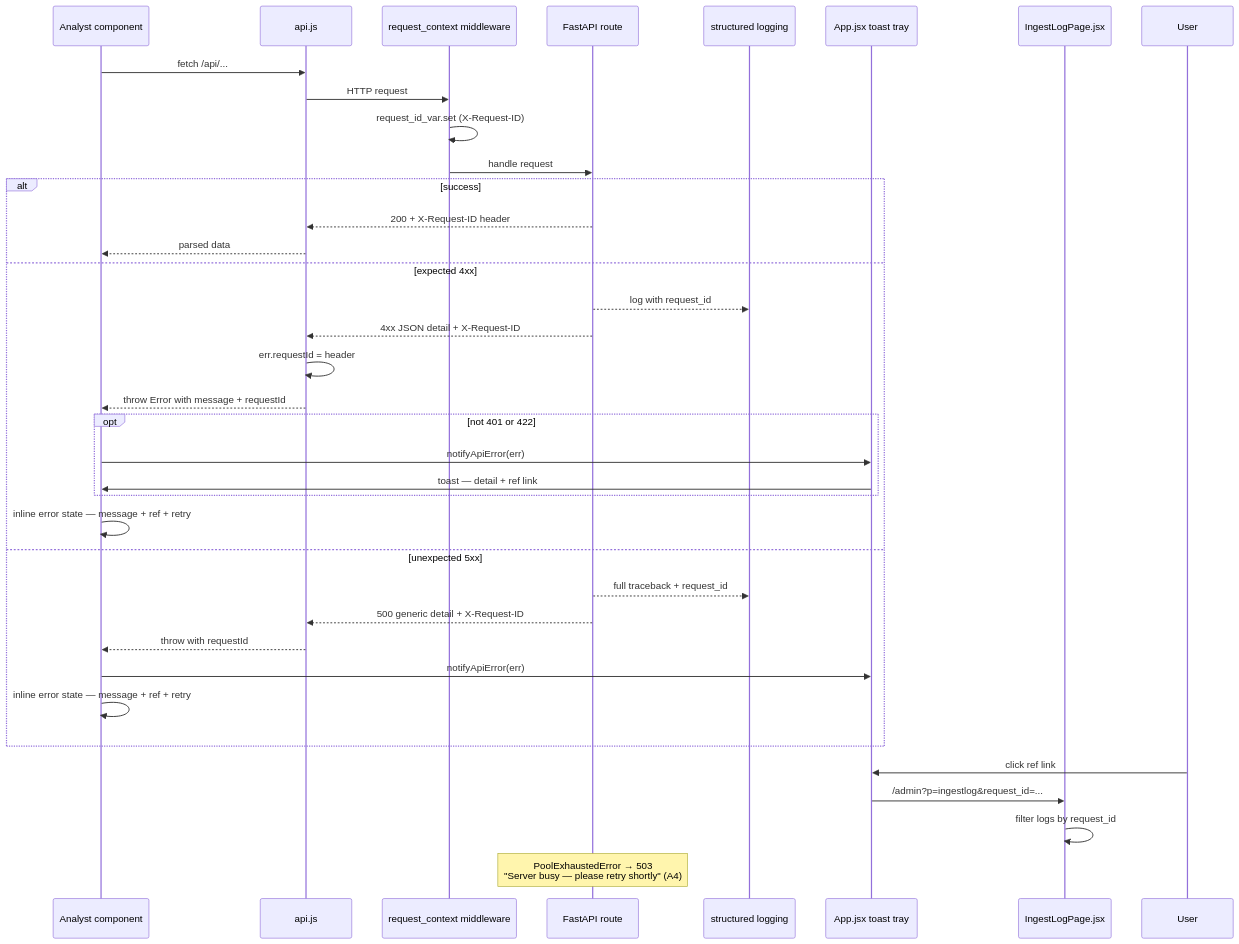
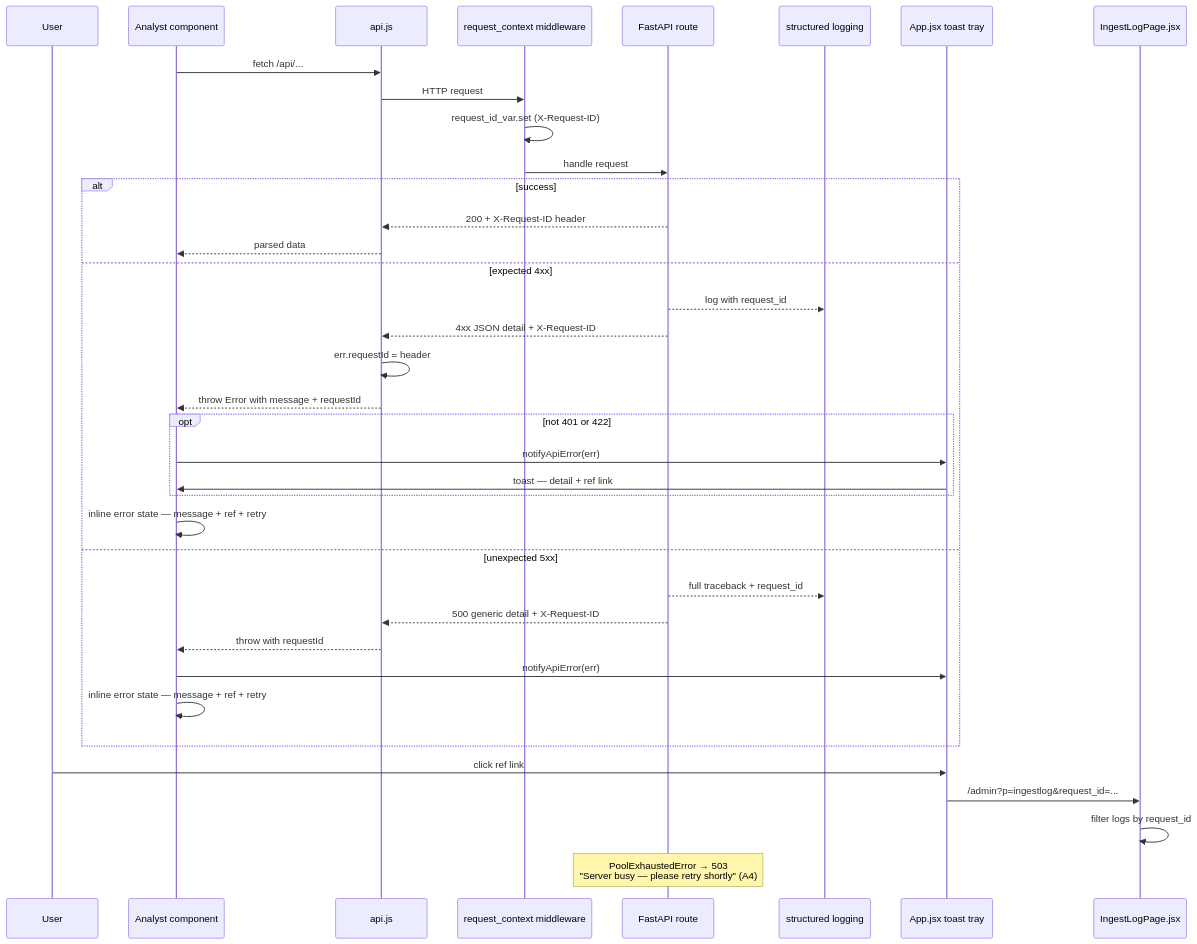
Before and after one commit to Soldier0x0/briefr: the diagram in docs/diagrams/flow_error_handling.mermaid, drawn with Mermaid. The commit also changed 7 other files, not shown here.

First line of the commit message:
fix: address Gemini review on diagram PR (#268)

```diff
--- a/docs/diagrams/flow_error_handling.mermaid
+++ b/docs/diagrams/flow_error_handling.mermaid
@@ -1,40 +1,41 @@
 sequenceDiagram
+  participant User
   participant UI as Analyst component
   participant APIjs as api.js
   participant MW as request_context middleware
   participant R as FastAPI route
   participant Log as structured logging
   participant Toast as App.jsx toast tray
   participant Admin as IngestLogPage.jsx
 
   UI->>APIjs: fetch /api/...
   APIjs->>MW: HTTP request
   MW->>MW: request_id_var.set (X-Request-ID)
   MW->>R: handle request
 
   alt success
     R-->>APIjs: 200 + X-Request-ID header
     APIjs-->>UI: parsed data
   else expected 4xx
     R-->>Log: log with request_id
     R-->>APIjs: 4xx JSON detail + X-Request-ID
     APIjs->>APIjs: err.requestId = header
     APIjs-->>UI: throw Error with message + requestId
     opt not 401 or 422
       UI->>Toast: notifyApiError(err)
       Toast->>UI: toast — detail + ref link
     end
     UI->>UI: inline error state — message + ref + retry
   else unexpected 5xx
     R-->>Log: full traceback + request_id
     R-->>APIjs: 500 generic detail + X-Request-ID
     APIjs-->>UI: throw with requestId
     UI->>Toast: notifyApiError(err)
     UI->>UI: inline error state — message + ref + retry
   end
 
   User->>Toast: click ref link
   Toast->>Admin: /admin?p=ingestlog&request_id=...
   Admin->>Admin: filter logs by request_id
 
   Note over R: PoolExhaustedError → 503<br/>"Server busy — please retry shortly" (A4)
```
